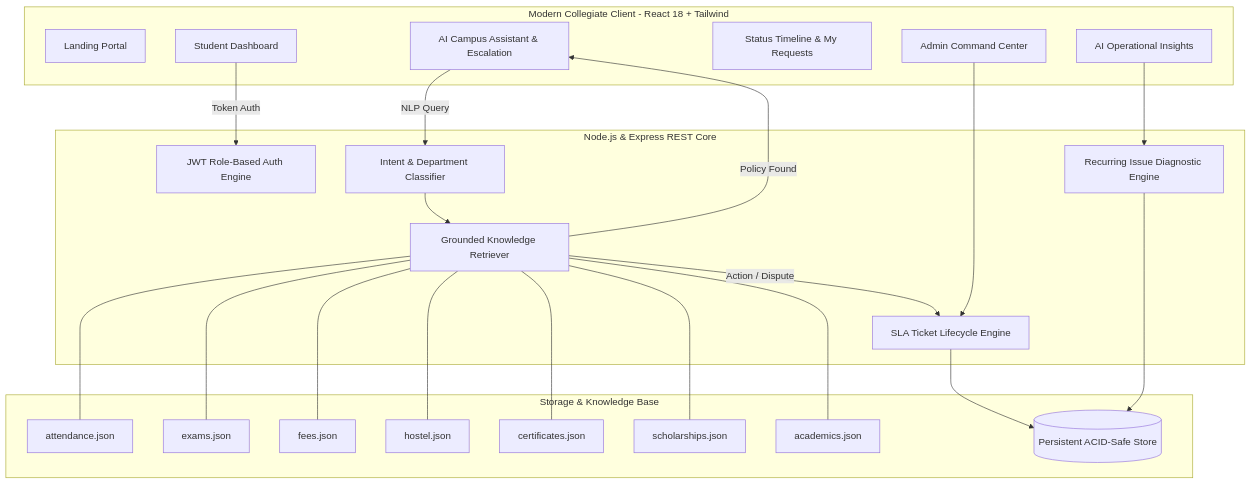
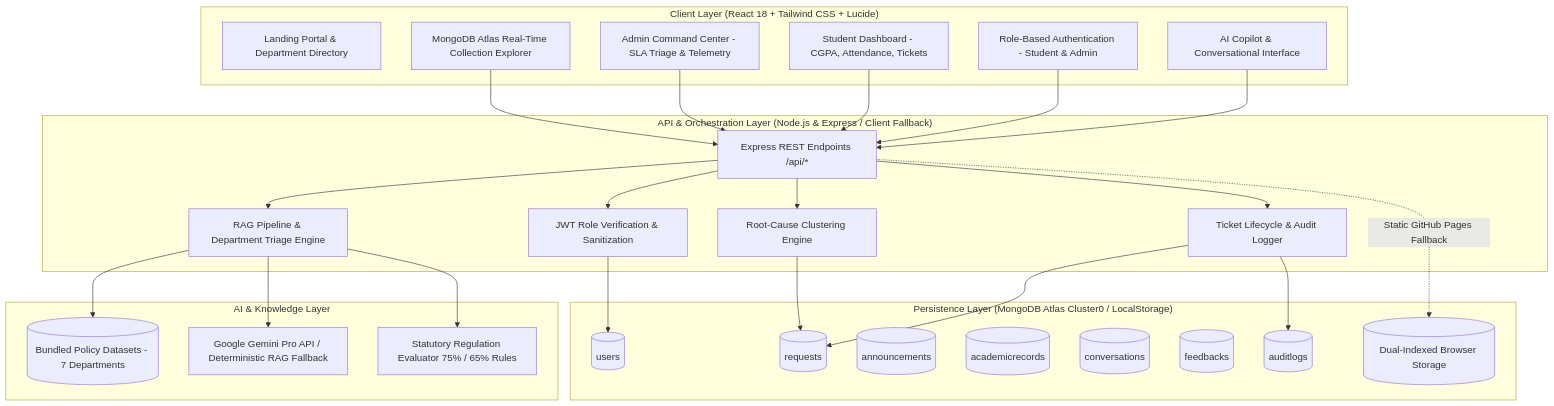
Before and after one commit to LokeshT25210/AI-college-assistant-: the diagram in README.md, drawn with Mermaid. The commit also changed other lines of this file and 4 other files, not shown here.

Commit message:
docs: elevate project to senior engineering standard with comprehensive RAG architecture, viva guide, and clean admin login

````diff
--- a/README.md
+++ b/README.md
@@ -37,48 +96,58 @@
 ```mermaid
 graph TD
-    subgraph Frontend [Modern Collegiate Client - React 18 + Tailwind]
-        LP[Landing Portal]
-        SD[Student Dashboard]
-        AI[AI Campus Assistant & Escalation]
-        TR[Status Timeline & My Requests]
-        AD[Admin Command Center]
-        AN[AI Operational Insights]
+    subgraph Client ["Client Layer (React 18 + Tailwind CSS + Lucide)"]
+        UI_Home[Landing Portal & Department Directory]
+        UI_Auth[Role-Based Authentication - Student & Admin]
+        UI_Chat[AI Copilot & Conversational Interface]
+        UI_SDash[Student Dashboard - CGPA, Attendance, Tickets]
+        UI_ADash[Admin Command Center - SLA Triage & Telemetry]
+        UI_DBView[MongoDB Atlas Real-Time Collection Explorer]
     end
 
-    subgraph Server [Node.js & Express REST Core]
-        Auth[JWT Role-Based Auth Engine]
-        Classifier[Intent & Department Classifier]
-        RAG[Grounded Knowledge Retriever]
-        Ticketing[SLA Ticket Lifecycle Engine]
-        InsightEng[Recurring Issue Diagnostic Engine]
+    subgraph ServiceLayer ["API & Orchestration Layer (Node.js & Express / Client Fallback)"]
+        Router[Express REST Endpoints /api/*]
+        AuthGuard[JWT Role Verification & Sanitization]
+        RAGCore[RAG Pipeline & Department Triage Engine]
+        TicketSLA[Ticket Lifecycle & Audit Logger]
+        InsightsEngine[Root-Cause Clustering Engine]
     end
 
-    subgraph Data [Storage & Knowledge Base]
-        JSON_DB[(Persistent ACID-Safe Store)]
-        KB_ATT[attendance.json]
-        KB_EXM[exams.json]
-        KB_FEE[fees.json]
-        KB_HST[hostel.json]
-        KB_CRT[certificates.json]
-        KB_SCH[scholarships.json]
-        KB_ACD[academics.json]
+    subgraph Intelligence ["AI & Knowledge Layer"]
+        KB[(Bundled Policy Datasets - 7 Departments)]
+        LLM[Google Gemini Pro API / Deterministic RAG Fallback]
+        RuleEngine[Statutory Regulation Evaluator 75% / 65% Rules]
     end
 
-    SD -->|Token Auth| Auth
-    AI -->|NLP Query| Classifier
-    Classifier --> RAG
-    RAG --- KB_ATT
-    RAG --- KB_EXM
-    RAG --- KB_FEE
-    RAG --- KB_HST
-    RAG --- KB_CRT
-    RAG --- KB_SCH
-    RAG --- KB_ACD
-    
-    RAG -->|Policy Found| AI
-    RAG -->|Action / Dispute| Ticketing
-    Ticketing --> JSON_DB
-    AD --> Ticketing
-    AN --> InsightEng
-    InsightEng --> JSON_DB
+    subgraph Persistence ["Persistence Layer (MongoDB Atlas Cluster0 / LocalStorage)"]
+        Col_Users[(users)]
+        Col_Reqs[(requests)]
+        Col_Anns[(announcements)]
+        Col_Acad[(academicrecords)]
+        Col_Convs[(conversations)]
+        Col_Feed[(feedbacks)]
+        Col_Audit[(auditlogs)]
+        LocalCache[(Dual-Indexed Browser Storage)]
+    end
+
+    UI_Chat --> Router
+    UI_Auth --> Router
+    UI_SDash --> Router
+    UI_ADash --> Router
+    UI_DBView --> Router
+
+    Router --> AuthGuard
+    Router --> RAGCore
+    Router --> TicketSLA
+    Router --> InsightsEngine
+
+    RAGCore --> RuleEngine
+    RAGCore --> KB
+    RAGCore --> LLM
+
+    TicketSLA --> Col_Reqs
+    TicketSLA --> Col_Audit
+    AuthGuard --> Col_Users
+    InsightsEngine --> Col_Reqs
+
+    Router -.->|Static GitHub Pages Fallback| LocalCache
 ```
````
